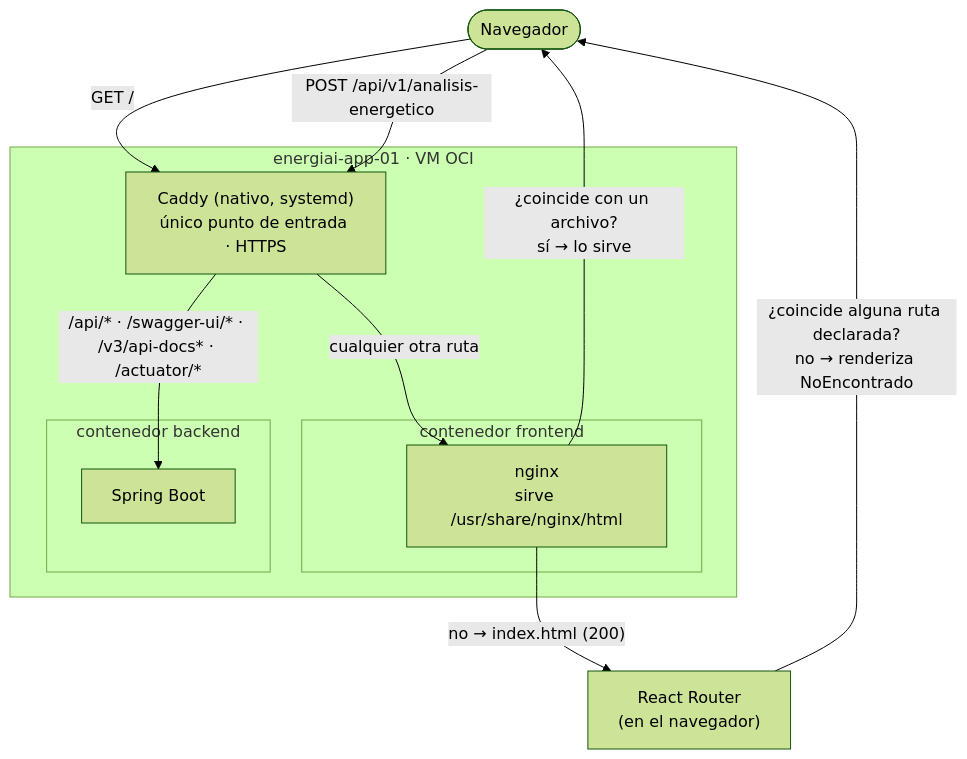
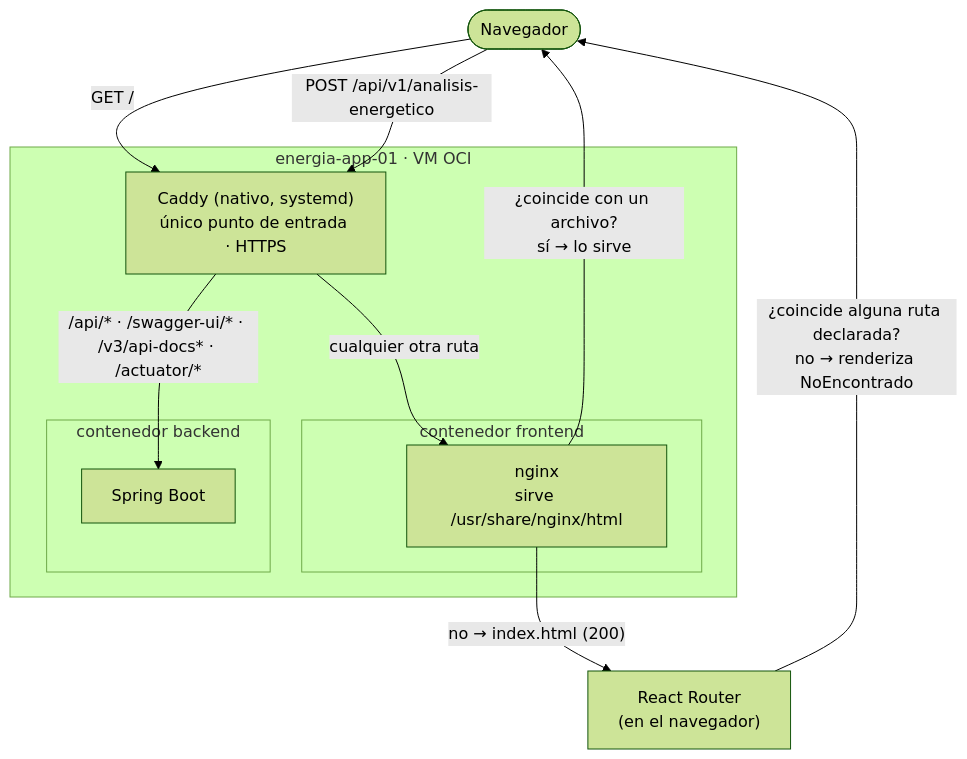
The first of 2 diagrams in docs/frontend/README.md (Neo236/EnergIA), drawn with Mermaid (forest theme) before and after one commit. The commit also changed other lines of this file and 193 other files, not shown here.

````diff
--- a/docs/frontend/README.md
+++ b/docs/frontend/README.md
@@ -16,26 +16,26 @@
 ```mermaid
 flowchart TB
     NAV(["Navegador"])
 
-    subgraph VM["energiai-app-01 · VM OCI"]
+    subgraph VM["energia-app-01 · VM OCI"]
         CADDY["Caddy (nativo, systemd)<br/>único punto de entrada · HTTPS"]
 
         subgraph FRONT["contenedor frontend"]
             NGINX["nginx<br/>sirve /usr/share/nginx/html"]
         end
 
         subgraph BACK["contenedor backend"]
             SPRING["Spring Boot"]
         end
     end
 
     NAV -- "GET /" --> CADDY
     NAV -- "POST /api/v1/analisis-energetico" --> CADDY
 
     CADDY -- "/api/* · /swagger-ui/* · /v3/api-docs* · /actuator/*" --> SPRING
     CADDY -- "cualquier otra ruta" --> NGINX
 
     NGINX -- "¿coincide con un archivo?<br/>sí → lo sirve" --> NAV
     NGINX -- "no → index.html (200)" --> REACT["React Router<br/>(en el navegador)"]
     REACT -- "¿coincide alguna ruta declarada?<br/>no → renderiza NoEncontrado" --> NAV
 ```
````
